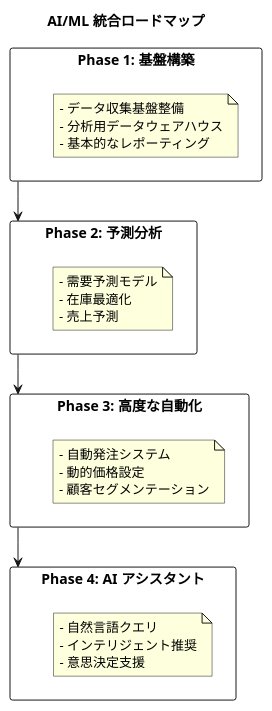
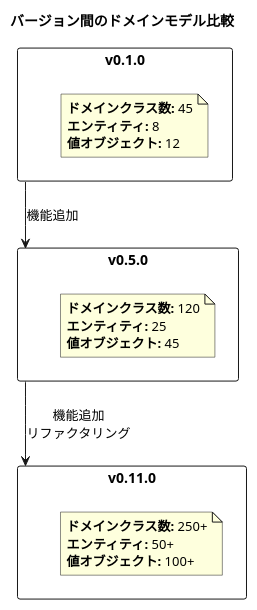
The sixth of 7 diagrams in docs/article/chapter23.md (k2works/case-study-sales), drawn with PlantUML before and after one commit. The commit also changed other lines of this file and 7 other files, not shown here.

````diff
--- a/docs/article/chapter23.md
+++ b/docs/article/chapter23.md
@@ -371,42 +379,33 @@
 ```plantuml
 @startuml
-title AI/ML 統合ロードマップ
+title バージョン間のドメインモデル比較
 
-rectangle "Phase 1: 基盤構築" as p1 {
+rectangle "v0.1.0" as v1 {
   note as N1
-    - データ収集基盤整備
-    - 分析用データウェアハウス
-    - 基本的なレポーティング
+    **ドメインクラス数:** 45
+    **エンティティ:** 8
+    **値オブジェクト:** 12
   end note
 }
 
-rectangle "Phase 2: 予測分析" as p2 {
+rectangle "v0.5.0" as v5 {
   note as N2
-    - 需要予測モデル
-    - 在庫最適化
-    - 売上予測
+    **ドメインクラス数:** 120
+    **エンティティ:** 25
+    **値オブジェクト:** 45
   end note
 }
 
-rectangle "Phase 3: 高度な自動化" as p3 {
+rectangle "v0.11.0" as v11 {
   note as N3
-    - 自動発注システム
-    - 動的価格設定
-    - 顧客セグメンテーション
+    **ドメインクラス数:** 250+
+    **エンティティ:** 50+
+    **値オブジェクト:** 100+
   end note
 }
 
-rectangle "Phase 4: AI アシスタント" as p4 {
-  note as N4
-    - 自然言語クエリ
-    - インテリジェント推奨
-    - 意思決定支援
-  end note
-}
-
-p1 --> p2
-p2 --> p3
-p3 --> p4
+v1 --> v5 : "機能追加"
+v5 --> v11 : "機能追加\nリファクタリング"
 
 @enduml
 ```
````
